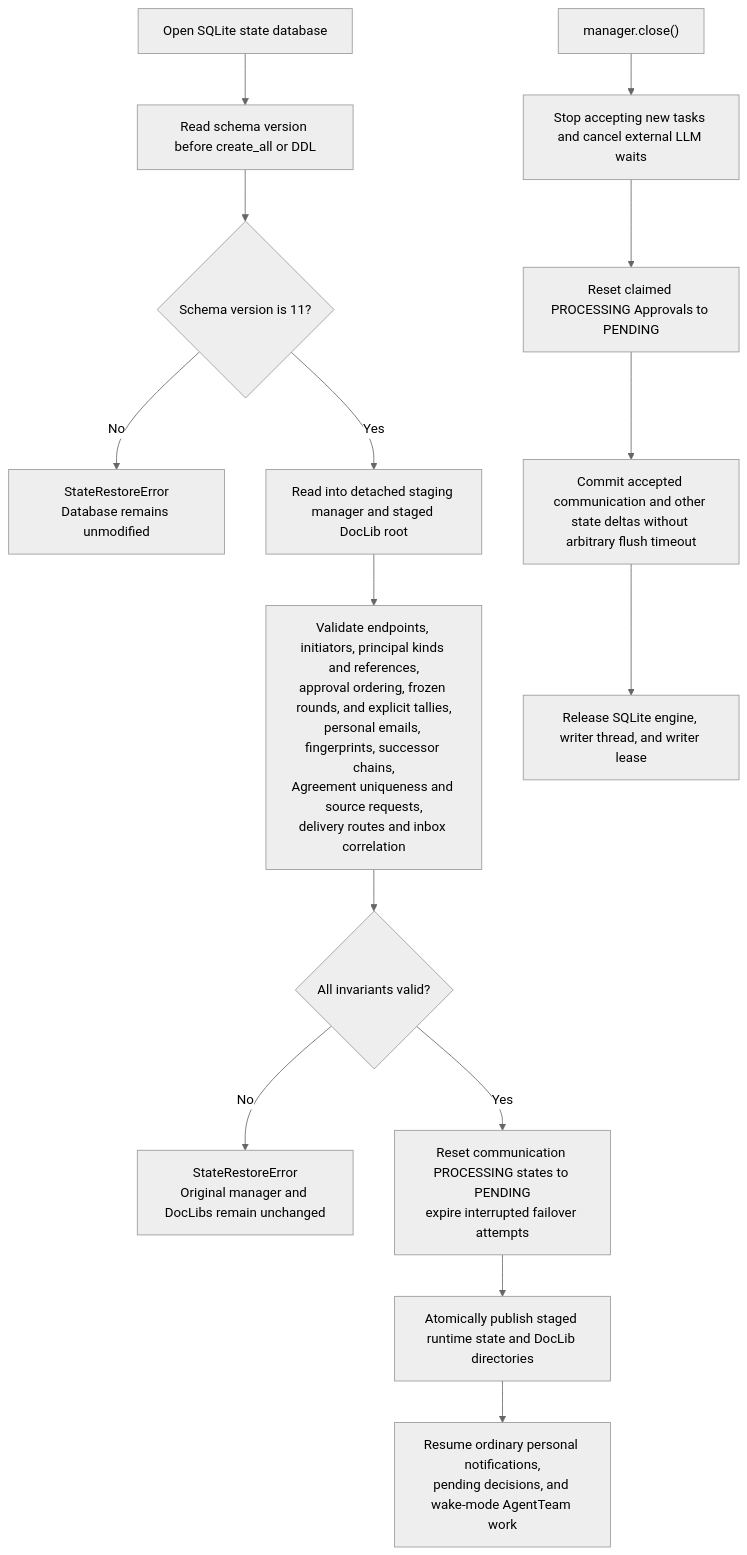
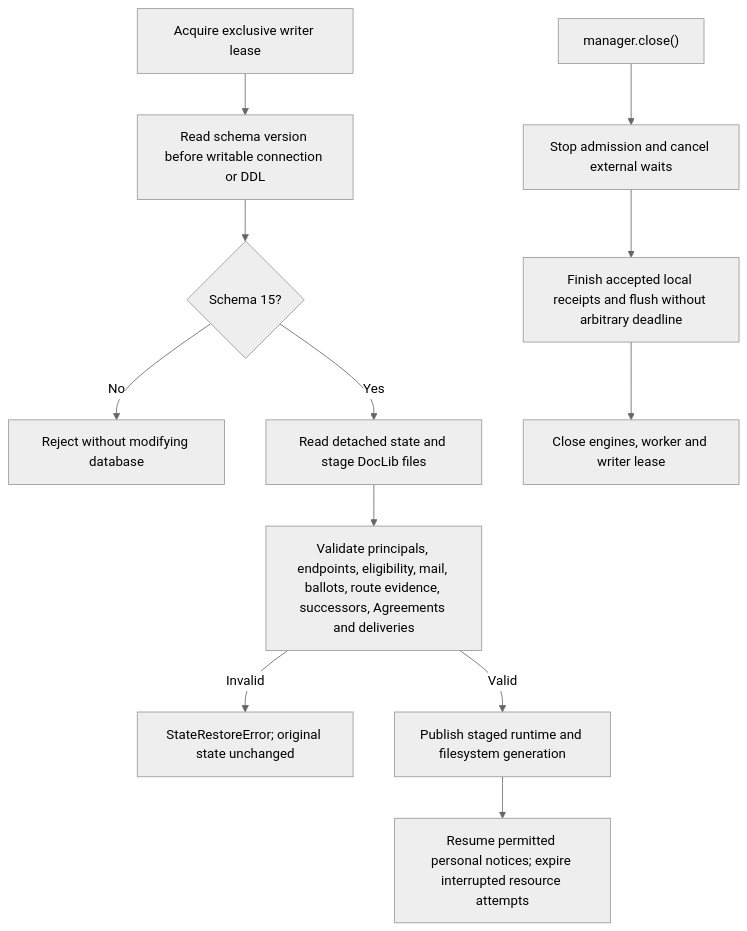
The ninth of 9 diagrams in docs/flowcharts/Autonomous_Communication_Governance.md (AI-Team-Team/AI-Team-Team), drawn with Mermaid (neutral theme) before and after one commit. The commit also changed other lines of this file and 310 other files, not shown here.

````diff
--- a/docs/flowcharts/Autonomous_Communication_Governance.md
+++ b/docs/flowcharts/Autonomous_Communication_Governance.md
@@ -406,18 +329,14 @@
 ```mermaid
 flowchart TD
-    Open["Open SQLite state database"] --> Preflight["Read schema version before create_all or DDL"]
-    Preflight --> Version{"Schema version is 11?"}
-    Version -- "No" --> Reject["StateRestoreError<br/>Database remains unmodified"]
-    Version -- "Yes" --> Stage["Read into detached staging manager and staged DocLib root"]
-    Stage --> Validate["Validate endpoints, initiators, principal kinds and references,<br/>approval ordering, frozen rounds, and explicit tallies,<br/>personal emails, fingerprints, successor chains,<br/>Agreement uniqueness and source requests,<br/>delivery routes and inbox correlation"]
-    Validate --> Valid{"All invariants valid?"}
-    Valid -- "No" --> Preserve["StateRestoreError<br/>Original manager and DocLibs remain unchanged"]
-    Valid -- "Yes" --> Reset["Reset communication PROCESSING states to PENDING<br/>expire interrupted failover attempts"]
-    Reset --> Publish["Atomically publish staged runtime state and DocLib directories"]
-    Publish --> Resume["Resume ordinary personal notifications,<br/>pending decisions, and wake-mode AgentTeam work"]
-
-    Shutdown["manager.close()"] --> Stop["Stop accepting new tasks and cancel external LLM waits"]
-    Stop --> Release["Reset claimed PROCESSING Approvals to PENDING"]
-    Release --> Flush["Commit accepted communication and other state deltas without arbitrary flush timeout"]
-    Flush --> Close["Release SQLite engine, writer thread, and writer lease"]
+    Open["Acquire exclusive writer lease"] --> Preflight["Read schema version before writable connection or DDL"]
+    Preflight --> Version{"Schema 15?"}
+    Version -- "No" --> Reject["Reject without modifying database"]
+    Version -- "Yes" --> Stage["Read detached state and stage DocLib files"]
+    Stage --> Validate["Validate principals, endpoints, eligibility, mail, ballots, route evidence, successors, Agreements and deliveries"]
+    Validate -- "Invalid" --> Preserve["StateRestoreError; original state unchanged"]
+    Validate -- "Valid" --> Publish["Publish staged runtime and filesystem generation"]
+    Publish --> Resume["Resume permitted personal notices; expire interrupted resource attempts"]
+    Close["manager.close()"] --> Stop["Stop admission and cancel external waits"]
+    Stop --> Settle["Finish accepted local receipts and flush without arbitrary deadline"]
+    Settle --> Release["Close engines, worker and writer lease"]
 ```
````
